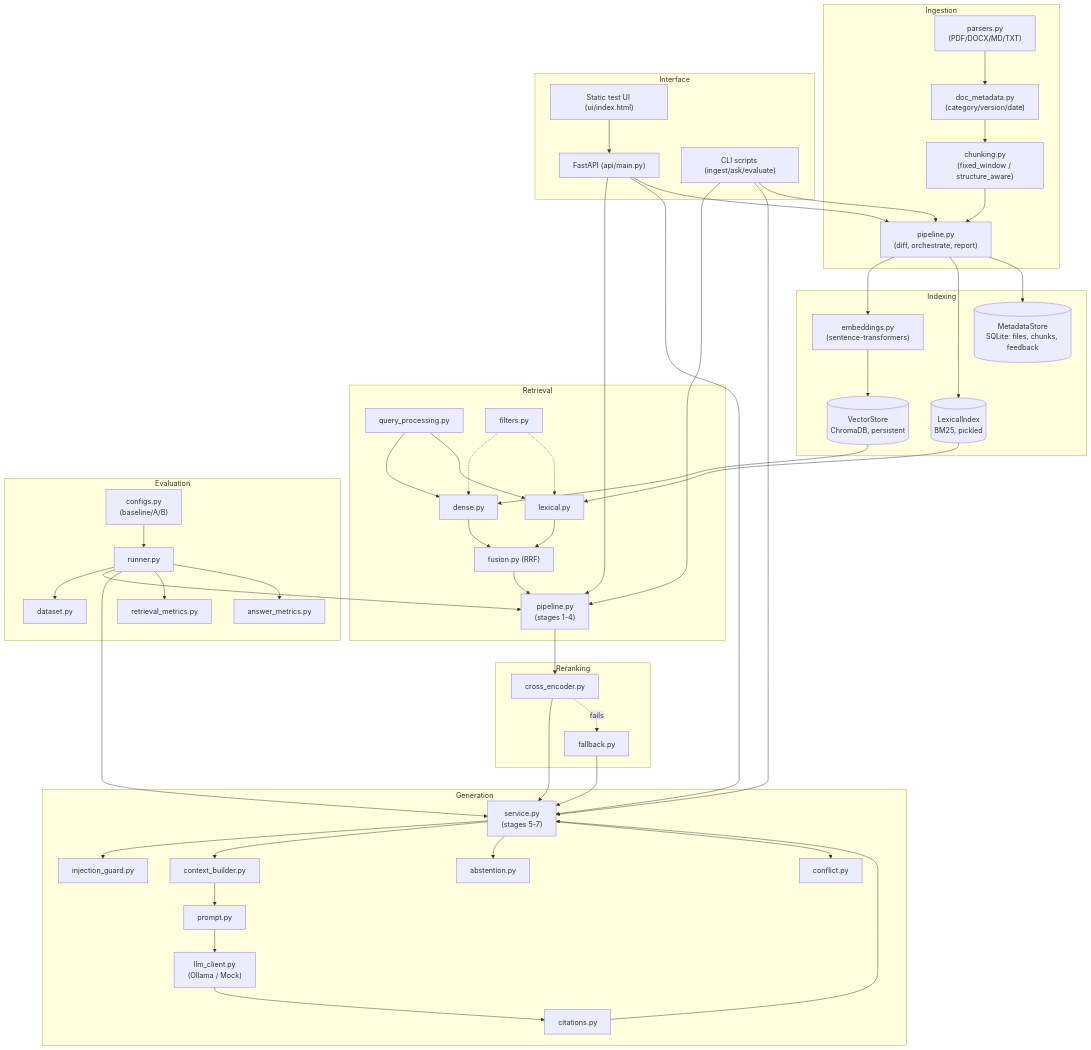
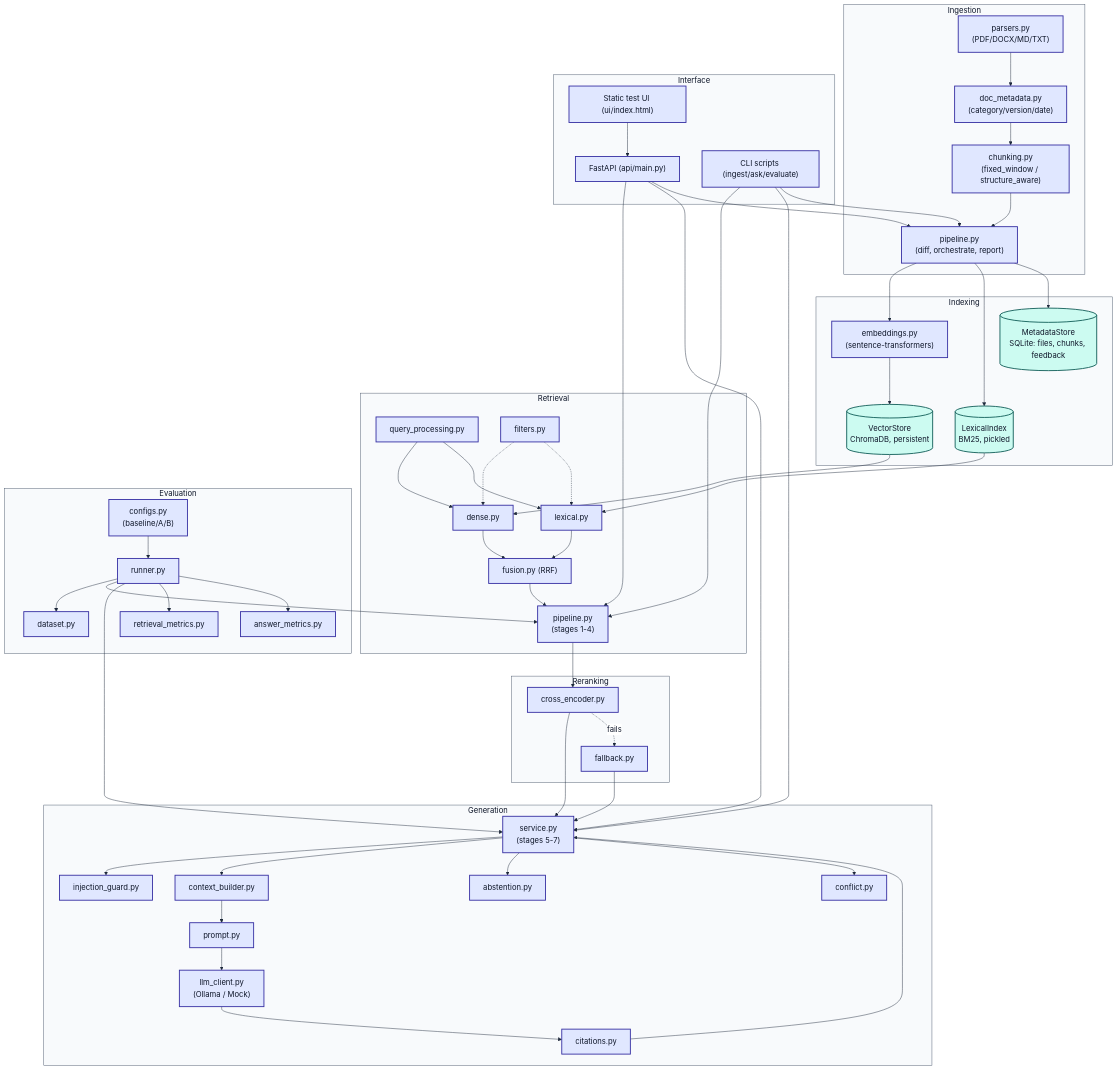
Before and after one commit to TPVinnie/documentation-assistant: the first of 2 diagrams in ARCHITECTURE.md, drawn with Mermaid. The commit also changed other lines of this file and 1 other file, not shown here.

Commit message:
reworked architecture

````diff
--- a/ARCHITECTURE.md
+++ b/ARCHITECTURE.md
@@ -5,4 +5,5 @@
 ```mermaid
+%%{init: {"theme": "base", "themeVariables": {"fontSize": "17px", "primaryColor": "#e0e7ff", "primaryTextColor": "#0f172a", "primaryBorderColor": "#3730a3", "lineColor": "#1e293b", "secondaryColor": "#ccfbf1", "secondaryTextColor": "#0f172a", "secondaryBorderColor": "#115e59", "tertiaryColor": "#fef3c7", "tertiaryTextColor": "#0f172a", "tertiaryBorderColor": "#92400e", "clusterBkg": "#f8fafc", "clusterBorder": "#475569", "edgeLabelBackground": "#ffffff", "textColor": "#0f172a"}}}%%
 flowchart TB
     subgraph Ingestion
         Parsers["parsers.py\n(PDF/DOCX/MD/TXT)"]
@@ -92,4 +93,8 @@
     Runner --> RetrievalMetrics
     Runner --> AnswerMetrics
     Configs --> Runner
+
+    classDef default stroke-width:2px;
+    classDef db fill:#ccfbf1,stroke:#115e59,color:#0f172a,stroke-width:2px;
+    class VectorStore,LexicalIndex,MetadataStore db;
 ```
````
